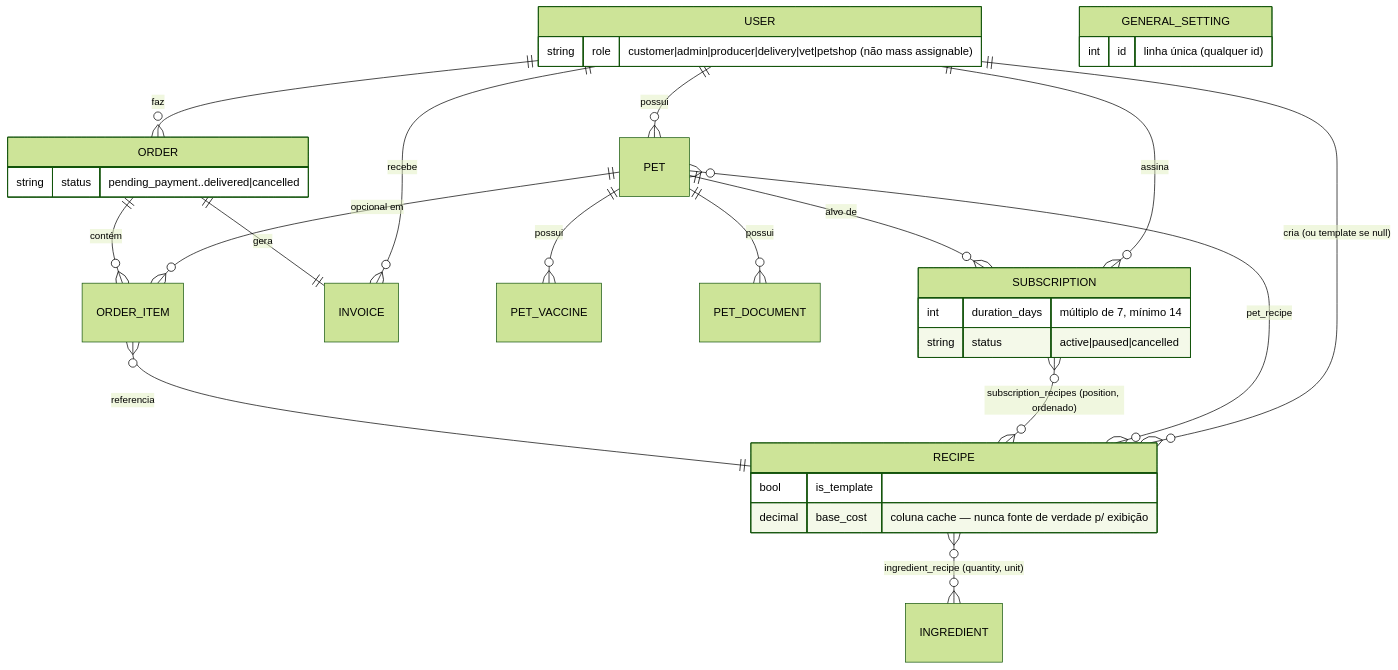
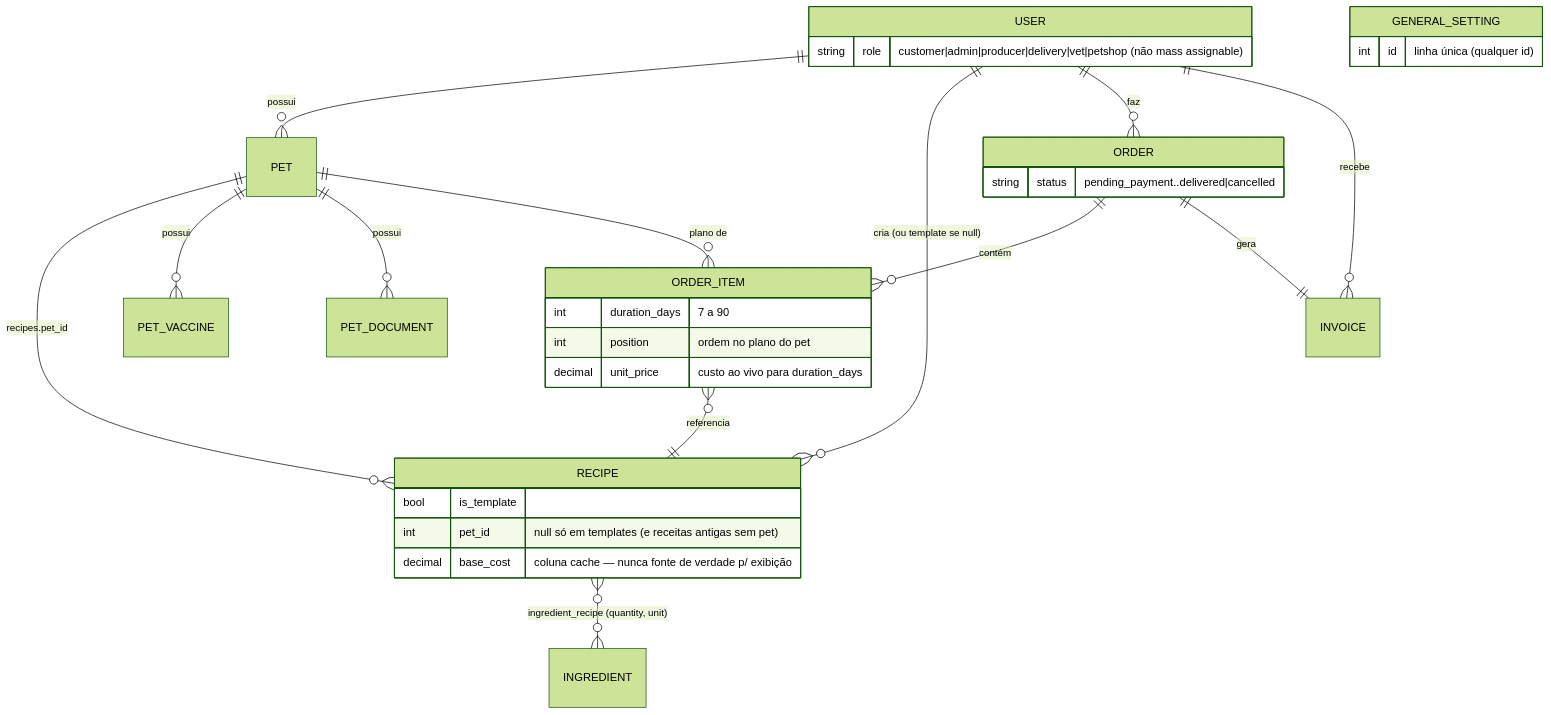
The diagram in docs/dominio.md (matheussesso/goodfood), drawn with Mermaid (forest theme) before and after one commit. The commit also changed other lines of this file and 9 other files, not shown here.

First line of the commit message:
docs: document pet-owned recipes, the end of subscriptions and meal plan orders

````diff
--- a/docs/dominio.md
+++ b/docs/dominio.md
@@ -29,39 +26,38 @@
 ```mermaid
 erDiagram
     USER ||--o{ PET : "possui"
     USER ||--o{ RECIPE : "cria (ou template se null)"
-    USER ||--o{ SUBSCRIPTION : "assina"
     USER ||--o{ ORDER : "faz"
     USER ||--o{ INVOICE : "recebe"
 
-    PET }o--o{ RECIPE : "pet_recipe"
-    PET ||--o{ SUBSCRIPTION : "alvo de"
+    PET ||--o{ RECIPE : "recipes.pet_id"
     PET ||--o{ PET_VACCINE : "possui"
     PET ||--o{ PET_DOCUMENT : "possui"
-    PET ||--o{ ORDER_ITEM : "opcional em"
+    PET ||--o{ ORDER_ITEM : "plano de"
 
     RECIPE }o--o{ INGREDIENT : "ingredient_recipe (quantity, unit)"
-    SUBSCRIPTION }o--o{ RECIPE : "subscription_recipes (position, ordenado)"
     ORDER_ITEM }o--|| RECIPE : "referencia"
 
     ORDER ||--o{ ORDER_ITEM : "contém"
     ORDER ||--|| INVOICE : "gera"
 
     USER {
         string role "customer|admin|producer|delivery|vet|petshop (não mass assignable)"
     }
     RECIPE {
         bool is_template
+        int pet_id "null só em templates (e receitas antigas sem pet)"
         decimal base_cost "coluna cache — nunca fonte de verdade p/ exibição"
     }
-    SUBSCRIPTION {
-        int duration_days "múltiplo de 7, mínimo 14"
-        string status "active|paused|cancelled"
+    ORDER_ITEM {
+        int duration_days "7 a 90"
+        int position "ordem no plano do pet"
+        decimal unit_price "custo ao vivo para duration_days"
     }
     ORDER {
         string status "pending_payment..delivered|cancelled"
     }
     GENERAL_SETTING {
         int id "linha única (qualquer id)"
     }
 ```
````
